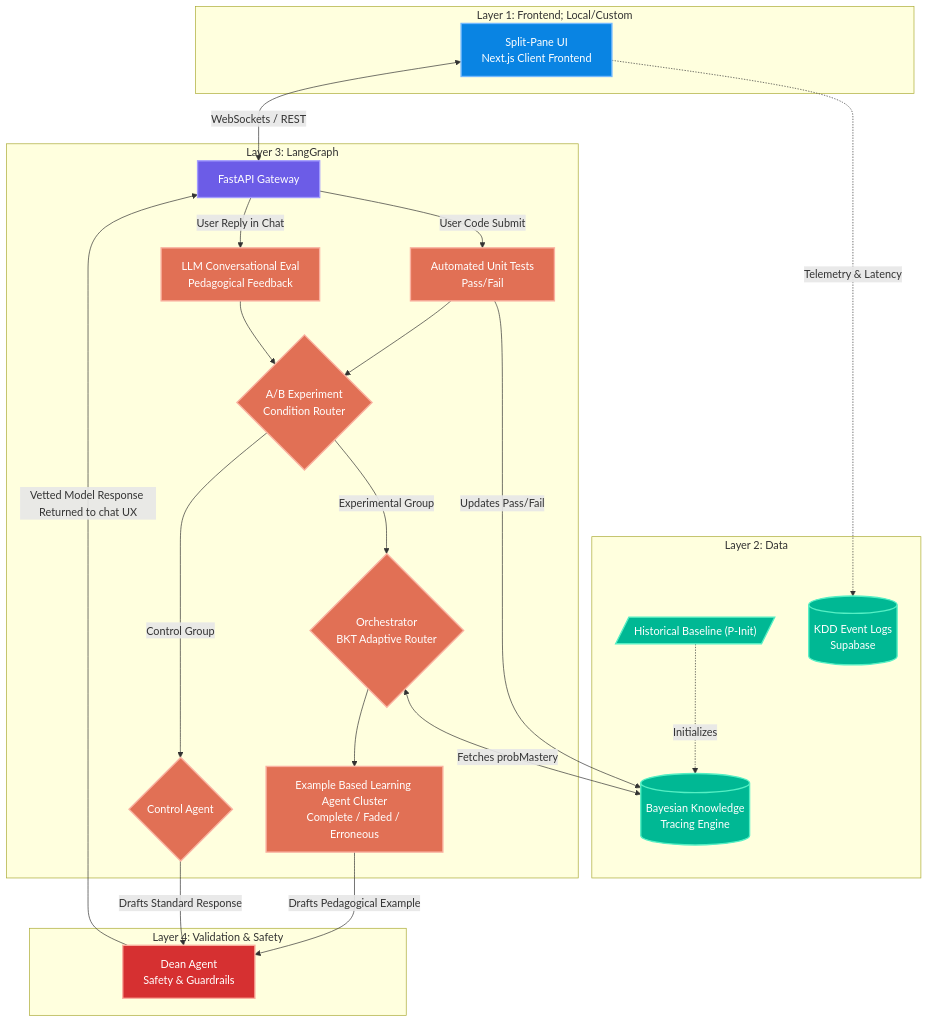
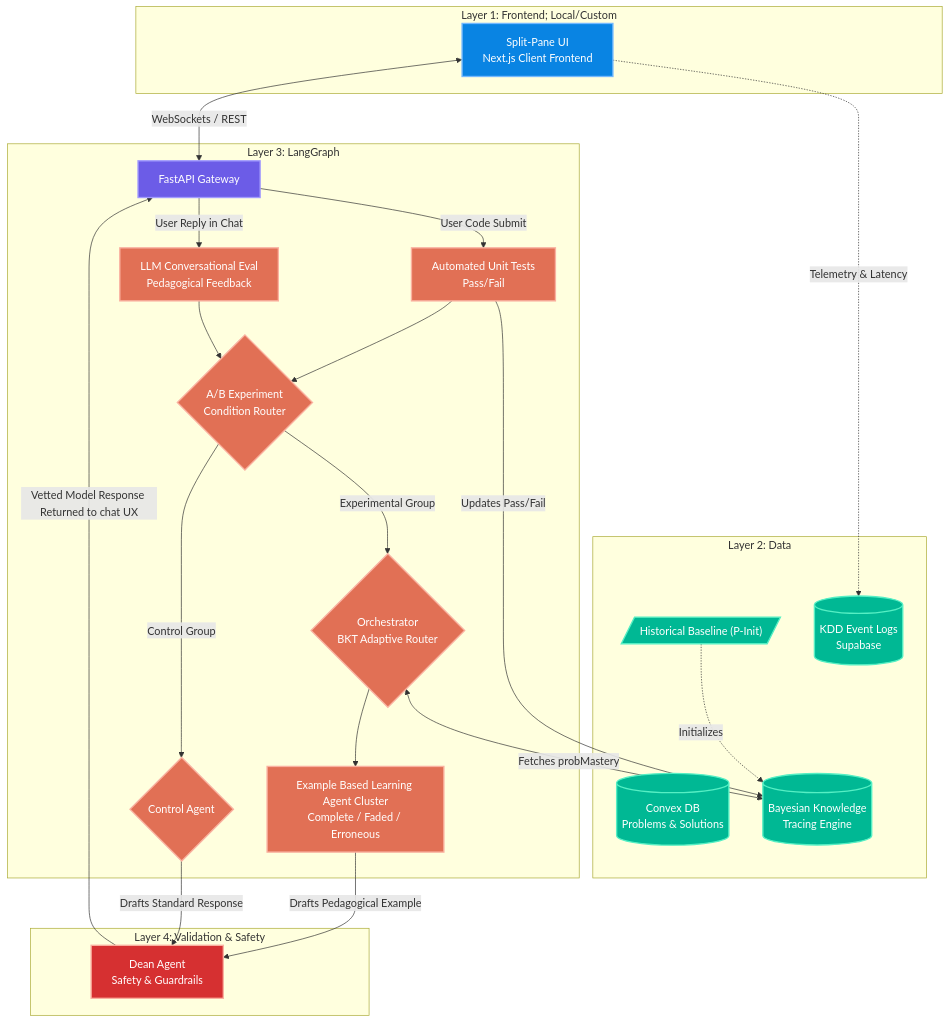
The diagram in Macro_System_Architecture.md (RMIT-BDSL/ExemplAI), drawn with Mermaid before and after one commit. The commit also changed other lines of this file and 1 other file, not shown here.

Commit message:
update specs

````diff
--- a/Macro_System_Architecture.md
+++ b/Macro_System_Architecture.md
@@ -36,60 +36,61 @@
 ```mermaid
 flowchart TB
     subgraph Layer1 ["Layer 1: Frontend; Local/Custom"]
         UI[Split-Pane UI<br/>Next.js Client Frontend]
     end
 
     subgraph Layer2 ["Layer 2: Data"]
         Baseline[/"Historical Baseline (P-Init)"/]
+        Convex[(Convex DB<br/>Problems & Solutions)]
         BKT[(Bayesian Knowledge<br/>Tracing Engine)]
         KDD[(KDD Event Logs<br/>Supabase)]
         
         Baseline -.->|Initializes| BKT
     end
 
     subgraph Layer3 ["Layer 3: LangGraph"]
         API[FastAPI Gateway]
         Eval[Automated Unit Tests<br/>Pass/Fail]
         LLMEval[LLM Conversational Eval<br/>Pedagogical Feedback]
         ExpRouter{A/B Experiment<br/>Condition Router}
         Router{Orchestrator<br/>BKT Adaptive Router}
         Control{Control Agent}
         EBL[Example Based Learning Agent Cluster<br/>Complete / Faded / Erroneous]
         
         API -- "User Code Submit" --> Eval
         API -- "User Reply in Chat" --> LLMEval
         Eval --> ExpRouter
         LLMEval --> ExpRouter
         ExpRouter -- "Experimental Group" --> Router
         ExpRouter -- "Control Group" --> Control
         Router --> EBL
     end
 
     subgraph Layer4 ["Layer 4: Validation & Safety"]
         Dean[Dean Agent<br/>Safety & Guardrails]
     end
 
     %% Cross-Layer Interactions
     UI <-->|WebSockets / REST| API
     UI -.->|Telemetry & Latency| KDD
     
     Eval -->|Updates Pass/Fail| BKT
     Router <-->|Fetches probMastery| BKT
     
     EBL -->|Drafts Pedagogical Example| Dean
     Control -->|Drafts Standard Response| Dean
     Dean -->|Vetted Model Response Returned to chat UX| API
 
     %% Styling Definitions
     classDef frontend fill:#0984e3,stroke:#74b9ff,stroke-width:2px,color:#fff
     classDef backend fill:#6c5ce7,stroke:#a29bfe,stroke-width:2px,color:#fff
     classDef db fill:#00b894,stroke:#55efc4,stroke-width:2px,color:#fff
     classDef safety fill:#d63031,stroke:#fab1a0,stroke-width:2px,color:#fff
     classDef logic fill:#e17055,stroke:#fab1a0,stroke-width:2px,color:#fff
     
     class UI frontend
-    class BKT,KDD,Baseline db
+    class Convex,BKT,KDD,Baseline db
     class API backend
     class Eval,LLMEval,Router,EBL,ExpRouter,Control logic
     class Dean safety
 ```
````
